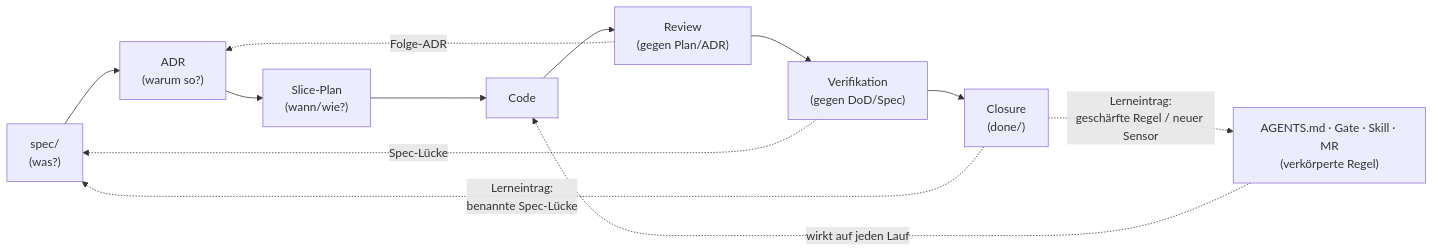
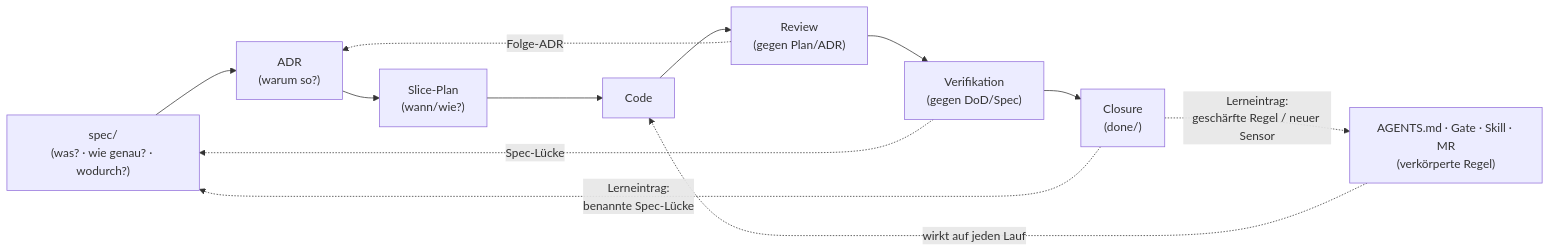
The diagram in kurs/de/01-spec-und-architektur/modul-01-entwicklungszyklus.md (pt9912/ai-harness-course), drawn with Mermaid before and after one commit. The commit also changed 49 other files, not shown here.

````diff
--- a/kurs/de/01-spec-und-architektur/modul-01-entwicklungszyklus.md
+++ b/kurs/de/01-spec-und-architektur/modul-01-entwicklungszyklus.md
@@ -71,15 +71,15 @@
 ```mermaid
 flowchart LR
-    Spec["spec/<br/>(was?)"] --> ADR["ADR<br/>(warum so?)"]
+    Spec["spec/<br/>(was? · wie genau? · wodurch?)"] --> ADR["ADR<br/>(warum so?)"]
     ADR --> Plan["Slice-Plan<br/>(wann/wie?)"]
     Plan --> Code["Code"]
     Code --> Review["Review<br/>(gegen Plan/ADR)"]
     Review --> Verify["Verifikation<br/>(gegen DoD/Spec)"]
     Verify --> Closure["Closure<br/>(done/)"]
     Harness["AGENTS.md · Gate · Skill · MR<br/>(verkörperte Regel)"]
     Closure -. "Lerneintrag:<br/>geschärfte Regel / neuer Sensor" .-> Harness
     Closure -. "Lerneintrag:<br/>benannte Spec-Lücke" .-> Spec
     Harness -. "wirkt auf jeden Lauf" .-> Code
     Review -. Folge-ADR .-> ADR
     Verify -. Spec-Lücke .-> Spec
 ```
````
